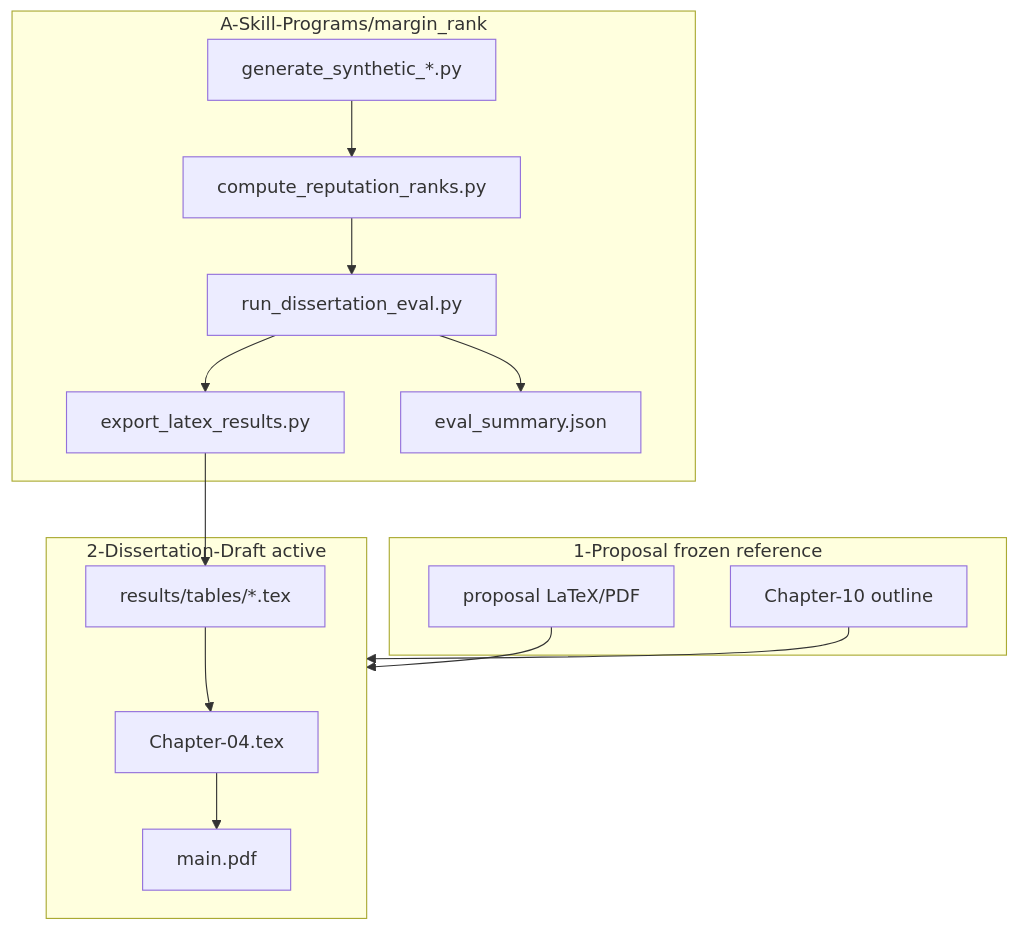
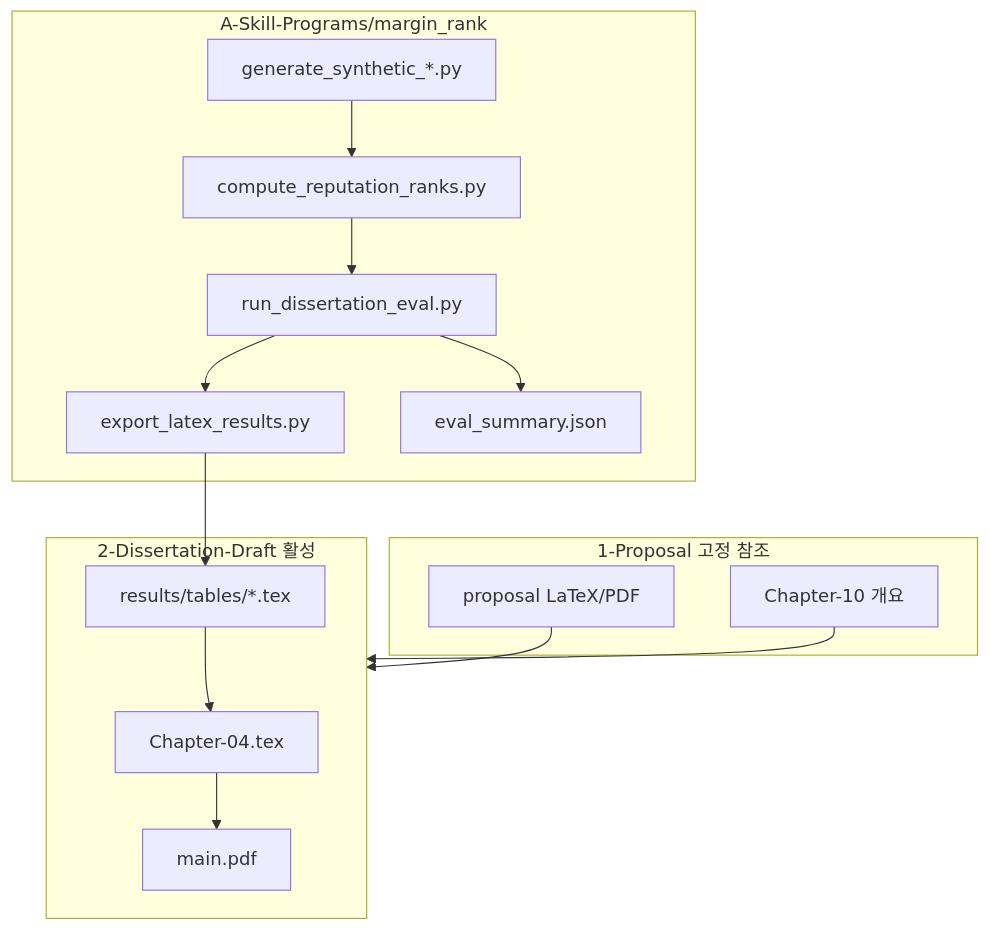
Before and after one commit to abitocodes/phd_works: the diagram in README.md, drawn with Mermaid. The commit also changed other lines of this file and 27 other files, not shown here.

````diff
--- a/README.md
+++ b/README.md
@@ -48,25 +48,25 @@
 ```mermaid
 flowchart TB
-  subgraph proposal [1-Proposal frozen reference]
+  subgraph proposal [1-Proposal 고정 참조]
     propLaTeX[proposal LaTeX/PDF]
-    ch10[Chapter-10 outline]
+    ch10[Chapter-10 개요]
   end
   subgraph code [A-Skill-Programs/margin_rank]
     synth[generate_synthetic_*.py]
     ranks[compute_reputation_ranks.py]
     eval[run_dissertation_eval.py]
     export[export_latex_results.py]
     json[eval_summary.json]
   end
-  subgraph draft [2-Dissertation-Draft active]
+  subgraph draft [2-Dissertation-Draft 활성]
     ch4[Chapter-04.tex]
     tables[results/tables/*.tex]
     pdf[main.pdf]
   end
   propLaTeX --> draft
   ch10 --> draft
   synth --> ranks --> eval --> json
   eval --> export --> tables
   tables --> ch4
   ch4 --> pdf
 ```
````
